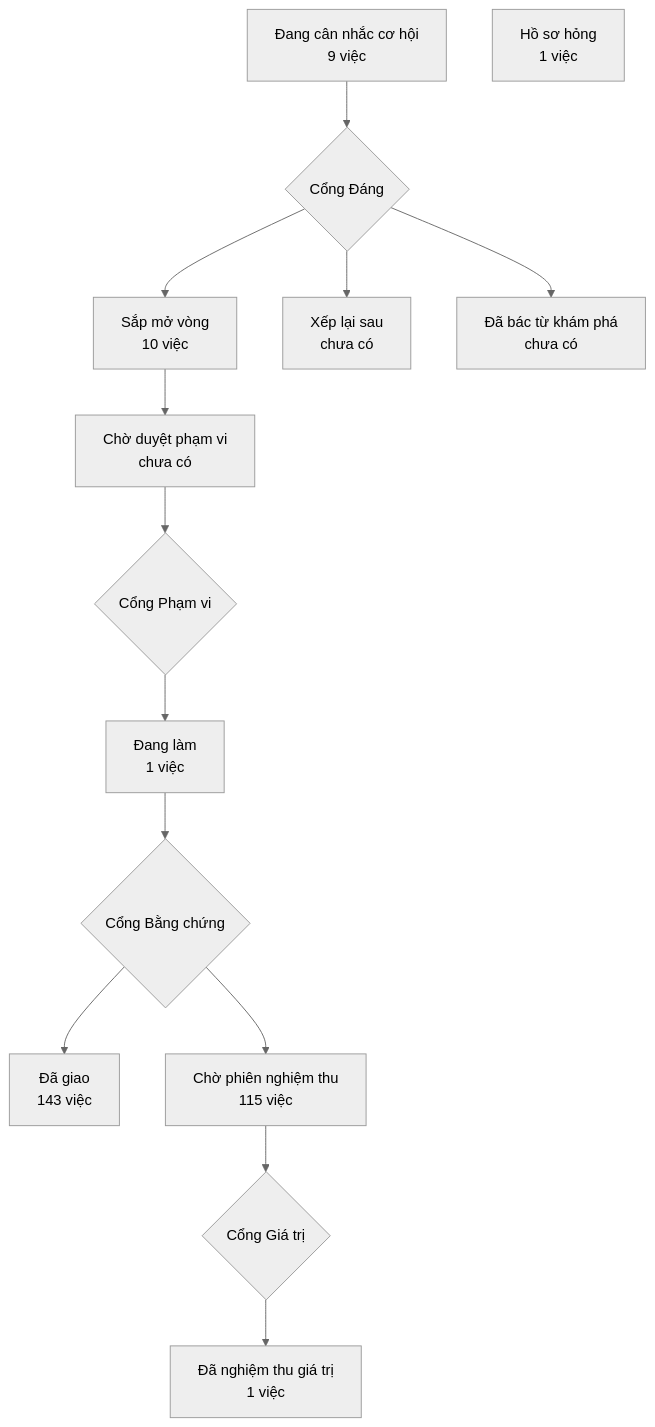
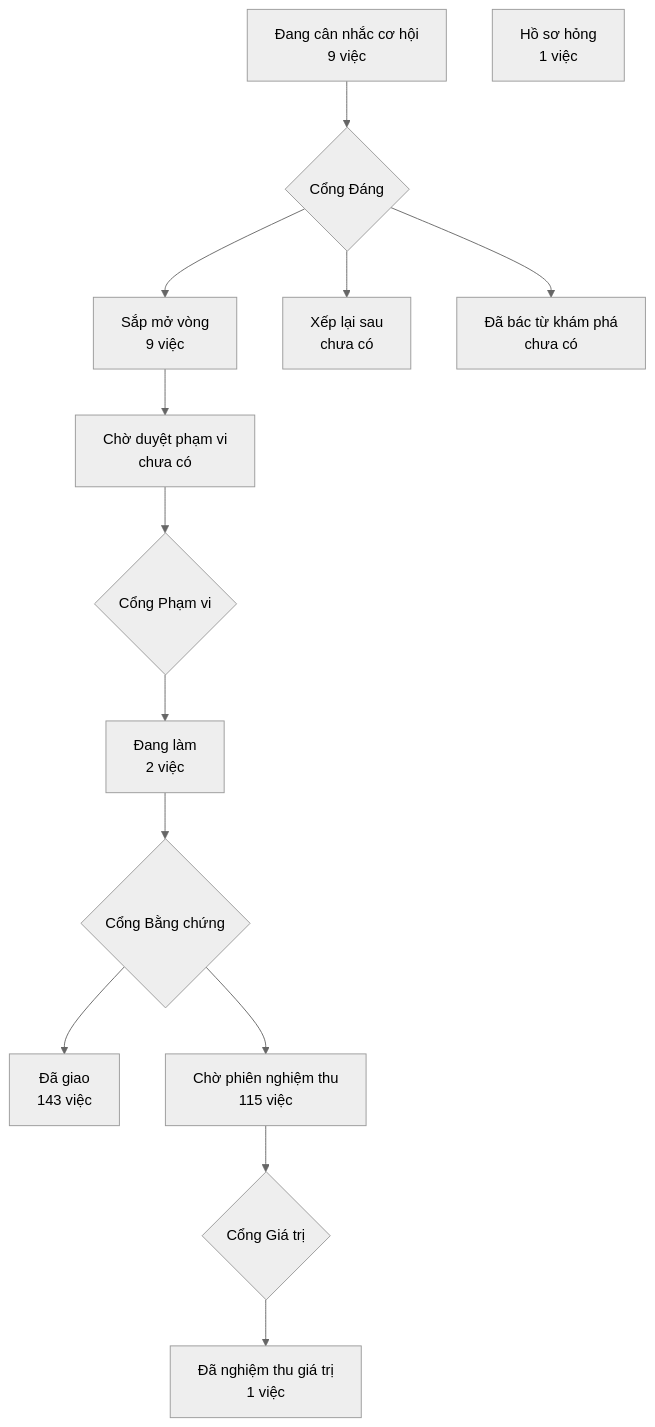
The diagram in PRODUCT-MAP.md (phanlemanh/crm-onehub), drawn with Mermaid (neutral theme) before and after one commit. The commit also changed other lines of this file and 1 other file, not shown here.

Commit message:
chore(neo-thuoc-het-han): vẽ lại bản đồ sau gộp onehub 1be143a82

````diff
--- a/PRODUCT-MAP.md
+++ b/PRODUCT-MAP.md
@@ -7,13 +7,13 @@
 ```mermaid
 flowchart TD
   A["Đang cân nhắc cơ hội<br/>9 việc"] --> GD{"Cổng Đáng"}
-  GD --> B["Sắp mở vòng<br/>10 việc"]
+  GD --> B["Sắp mở vòng<br/>9 việc"]
   GD --> XL["Xếp lại sau<br/>chưa có"]
   GD --> DB["Đã bác từ khám phá<br/>chưa có"]
   B --> CD["Chờ duyệt phạm vi<br/>chưa có"] --> GP{"Cổng Phạm vi"}
-  GP --> DL["Đang làm<br/>1 việc"] --> GB{"Cổng Bằng chứng"}
+  GP --> DL["Đang làm<br/>2 việc"] --> GB{"Cổng Bằng chứng"}
   GB --> DG["Đã giao<br/>143 việc"]
   GB --> CN["Chờ phiên nghiệm thu<br/>115 việc"] --> GG{"Cổng Giá trị"}
   GG --> NT["Đã nghiệm thu giá trị<br/>1 việc"]
   HS["Hồ sơ hỏng<br/>1 việc"]
 ```
````
